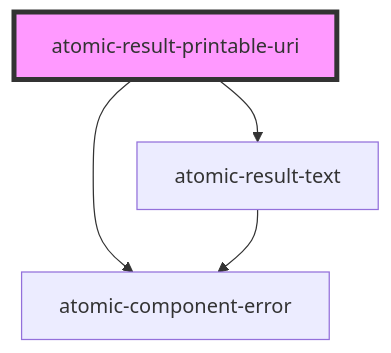
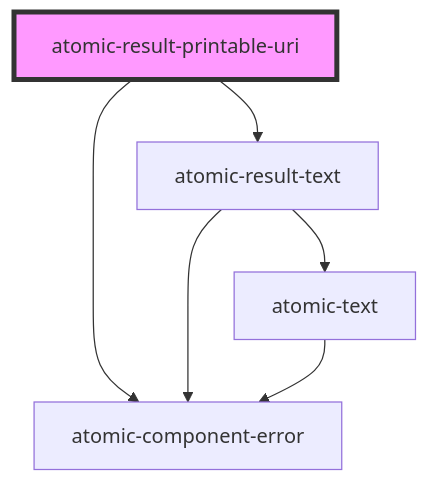
The diagram in packages/atomic/src/components/result-template-components/atomic-result-printable-uri/readme.md (coveo/ui-kit), drawn with Mermaid before and after one commit. The commit also changed 7 other files, not shown here.

First line of the commit message:
fix(atomic): allow default value on atomic-result-text & add noTitle to atomic-result-link

````diff
--- a/packages/atomic/src/components/result-template-components/atomic-result-printable-uri/readme.md
+++ b/packages/atomic/src/components/result-template-components/atomic-result-printable-uri/readme.md
@@ -34,7 +34,9 @@
 ```mermaid
 graph TD;
   atomic-result-printable-uri --> atomic-result-text
   atomic-result-printable-uri --> atomic-component-error
   atomic-result-text --> atomic-component-error
+  atomic-result-text --> atomic-text
+  atomic-text --> atomic-component-error
   style atomic-result-printable-uri fill:#f9f,stroke:#333,stroke-width:4px
 ```
````
